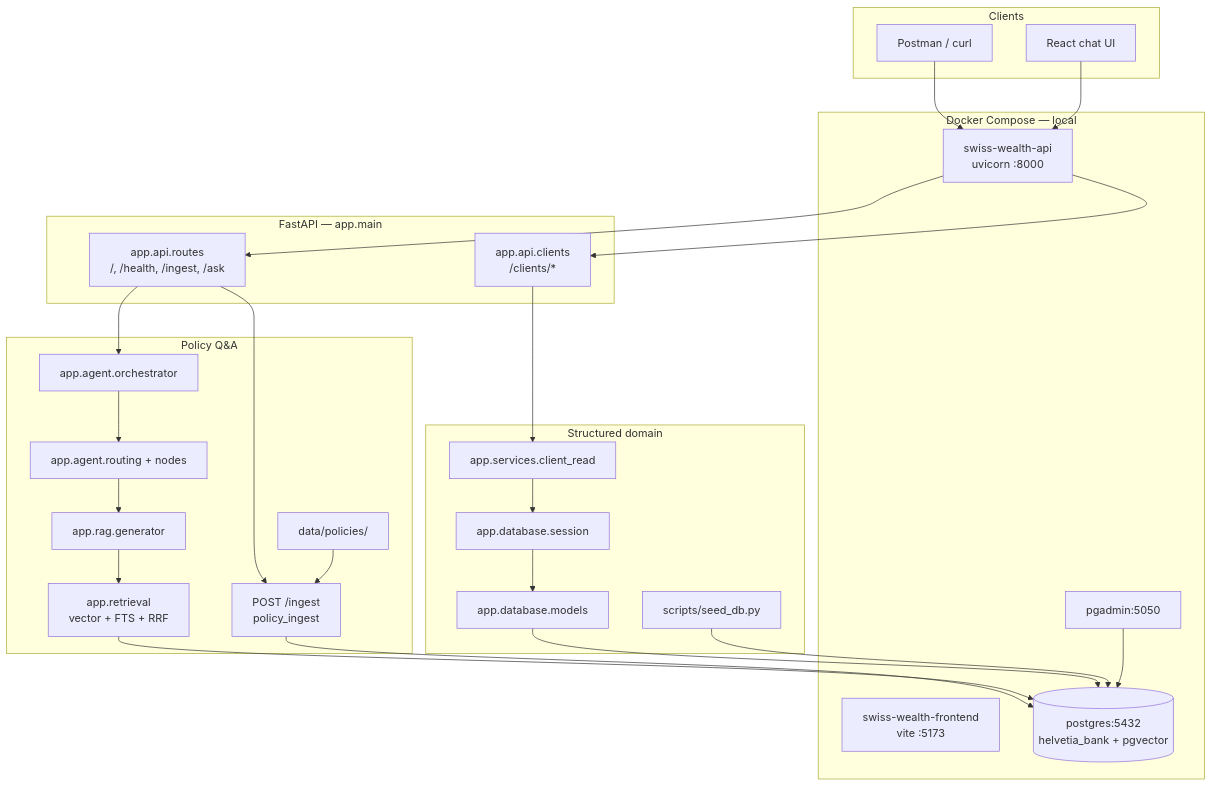
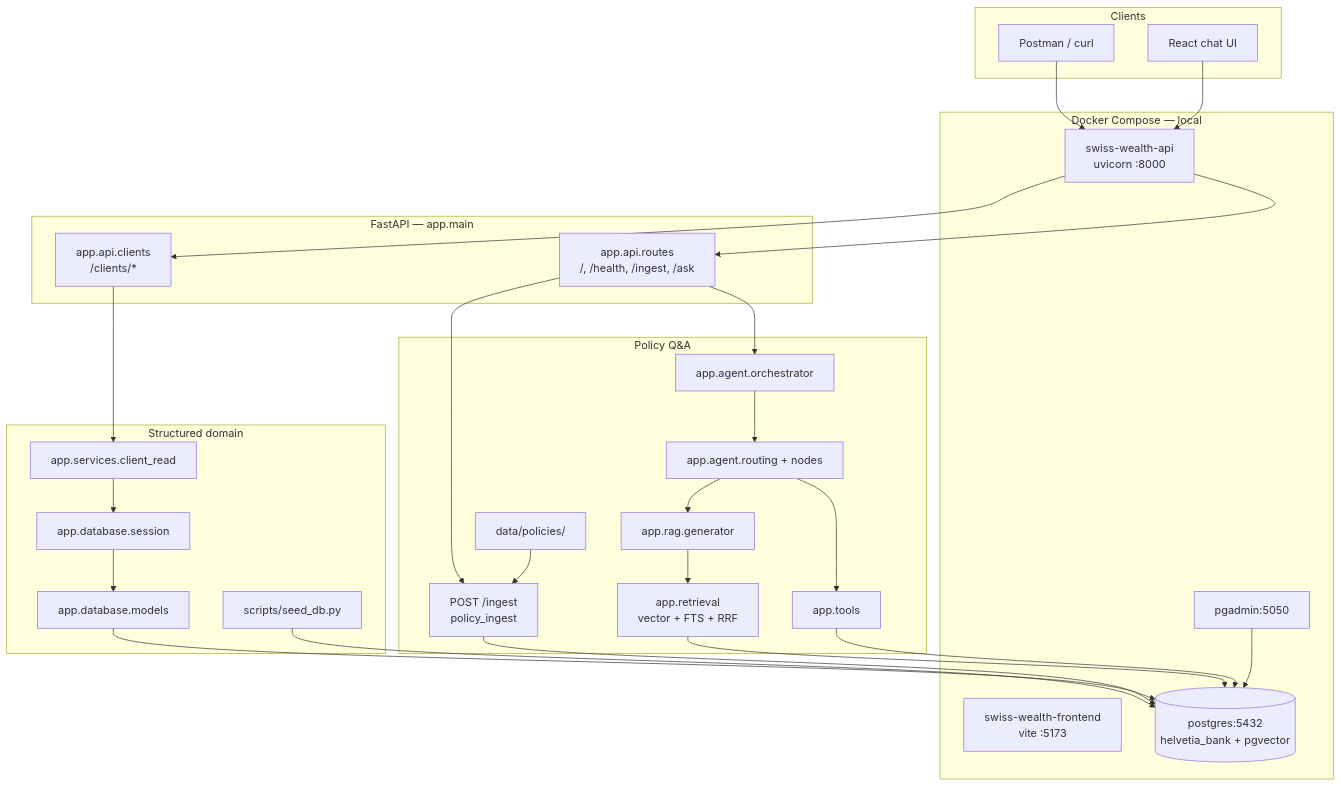
The diagram in docs/architecture/system.md (Mortiniera/swiss-wealth-rag-assistant), drawn with Mermaid before and after one commit. The commit also changed other lines of this file and 16 other files, not shown here.

````diff
--- a/docs/architecture/system.md
+++ b/docs/architecture/system.md
@@ -9,57 +9,60 @@
 ```mermaid
 flowchart TB
   subgraph clients [Clients]
     Postman[Postman / curl]
     UI[React chat UI]
   end
 
   subgraph compose [Docker Compose — local]
     API[swiss-wealth-api<br/>uvicorn :8000]
     FE[swiss-wealth-frontend<br/>vite :5173]
     PG[(postgres:5432<br/>helvetia_bank + pgvector)]
     PgAdmin[pgadmin:5050]
   end
 
   subgraph api_app [FastAPI — app.main]
     CoreRouter[app.api.routes<br/>/, /health, /ingest, /ask]
     ClientsRouter[app.api.clients<br/>/clients/*]
   end
 
   subgraph ask_path [Policy Q&A]
     Orchestrator[app.agent.orchestrator]
     Routing[app.agent.routing + nodes]
+    Tools[app.tools]
     Generator[app.rag.generator]
     Hybrid[app.retrieval<br/>vector + FTS + RRF]
     Policies[data/policies/]
     PolicyIngest[POST /ingest<br/>policy_ingest]
   end
 
   subgraph domain [Structured domain]
     ClientRead[app.services.client_read]
     Session[app.database.session]
     Models[app.database.models]
     Seed[scripts/seed_db.py]
   end
 
   Postman --> API
   UI --> API
   API --> CoreRouter
   API --> ClientsRouter
 
   CoreRouter --> Orchestrator
   Orchestrator --> Routing
+  Routing --> Tools
   Routing --> Generator
+  Tools --> PG
   Generator --> Hybrid
   Hybrid --> PG
   CoreRouter --> PolicyIngest
   Policies --> PolicyIngest
   PolicyIngest --> PG
 
   ClientsRouter --> ClientRead
   ClientRead --> Session
   Session --> Models
   Models --> PG
 
   Seed --> PG
   PgAdmin --> PG
 ```
````
